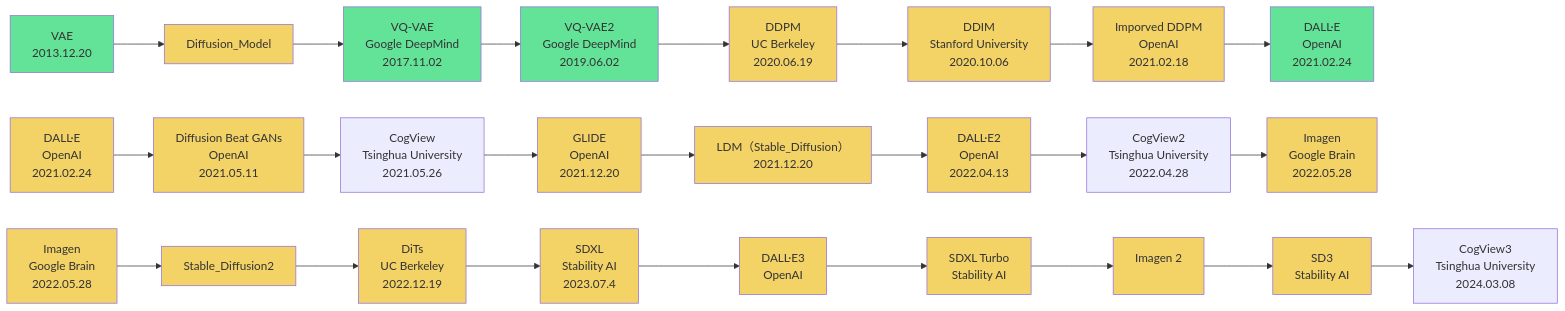
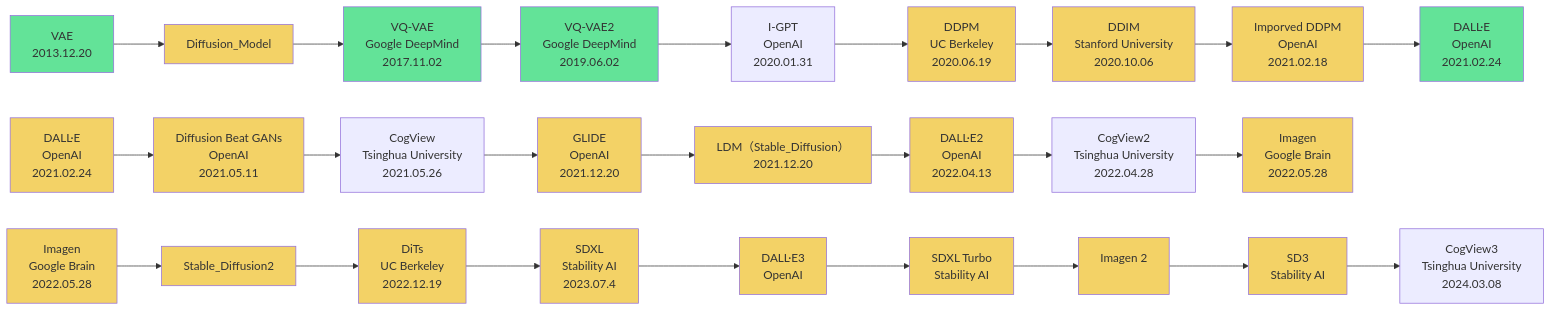
The second of 2 diagrams in VAE+Diffusion.md (Elephant-King9/Paper), drawn with Mermaid before and after one commit. The commit also changed 6 other files, not shown here.

````diff
--- a/VAE+Diffusion.md
+++ b/VAE+Diffusion.md
@@ -24,54 +24,55 @@
 ```mermaid
 flowchart LR
-VAE-->Diffusion_Model-->VQ-VAE-->VQ-VAE2-->DDPM-->DDIM-->Imporved_DDPM-->DALL-E
+VAE-->Diffusion_Model-->VQ-VAE-->VQ-VAE2-->I-GPT-->DDPM-->DDIM-->Imporved_DDPM-->DALL-E
 DALL-E_2-->Diffusion_Beat_GANs-->CogView-->GLIDE-->LDM-->DALL-E2-->CogView2-->Imagen
 Imagen_1_1-->Stable_Diffusion2-->DiTs-->SDXL-->DALL-E3-->SDXL_Turbo-->Imagen_2-->SD3-->CogView3
 VAE[VAE<br>2013.12.20]
 style VAE fill:#63E398
 Diffusion_Model[Diffusion_Model<br>]
 style Diffusion_Model fill:#F3D266
 VQ-VAE[VQ-VAE<br>Google DeepMind<br>2017.11.02]
 style VQ-VAE fill:#63E398
 VQ-VAE2[VQ-VAE2<br>Google DeepMind<br>2019.06.02]
 style VQ-VAE2 fill:#63E398
+I-GPT[I-GPT<br>OpenAI<br>2020.01.31]
 DDPM[DDPM<br>UC Berkeley<br>2020.06.19]
 style DDPM fill:#F3D266
 DDIM[DDIM<br>Stanford University<br>2020.10.06]
 style DDIM fill:#F3D266
 Imporved_DDPM[Imporved DDPM<br>OpenAI<br>2021.02.18]
 style Imporved_DDPM fill:#F3D266
 DALL-E[DALL·E<br>OpenAI<br>2021.02.24]
 style DALL-E fill:#63E398
 DALL-E_2[DALL·E<br>OpenAI<br>2021.02.24]
 style DALL-E_2 fill:#F3D266
 Diffusion_Beat_GANs[Diffusion Beat GANs<br>OpenAI<br>2021.05.11]
 style Diffusion_Beat_GANs fill:#F3D266
 CogView[CogView<br>Tsinghua University<br>2021.05.26]
 GLIDE[GLIDE<br>OpenAI<br>2021.12.20]
 style GLIDE fill:#F3D266
 LDM[LDM（Stable_Diffusion）<br>2021.12.20]
 style LDM fill:#F3D266
 DALL-E2[DALL·E2<br>OpenAI<br>2022.04.13]
 style DALL-E2 fill:#F3D266
 CogView2[CogView2<br>Tsinghua University<br>2022.04.28]
 
 Imagen[Imagen<br>Google Brain<br>2022.05.28]
 style Imagen fill:#F3D266
 Imagen_1_1[Imagen<br>Google Brain<br>2022.05.28]
 style Imagen_1_1 fill:#F3D266
 Stable_Diffusion2[Stable_Diffusion2]
 style Stable_Diffusion2 fill:#F3D266
 DiTs[DiTs<br>UC Berkeley<br>2022.12.19]
 style DiTs fill:#F3D266
 SDXL[SDXL<br>Stability AI<br>2023.07.4]
 style SDXL fill:#F3D266
 DALL-E3[DALL·E3<br>OpenAI<br>]
 style DALL-E3 fill:#F3D266
 SDXL_Turbo[SDXL Turbo<br>Stability AI]
 style SDXL_Turbo fill:#F3D266
 Imagen_2[Imagen 2<br><br>]
 style Imagen_2 fill:#F3D266
 SD3[SD3<br>Stability AI<br>]
 style SD3 fill:#F3D266
 CogView3[CogView3<br> Tsinghua University<br>2024.03.08]
 ```
````
